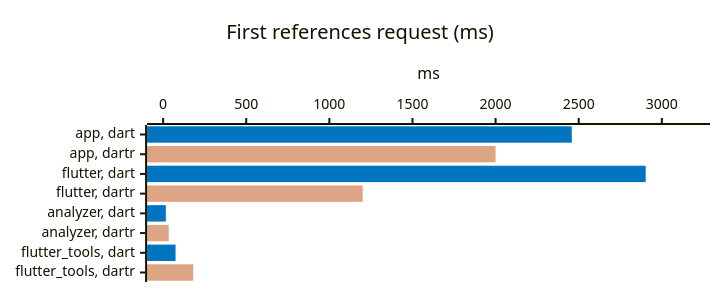
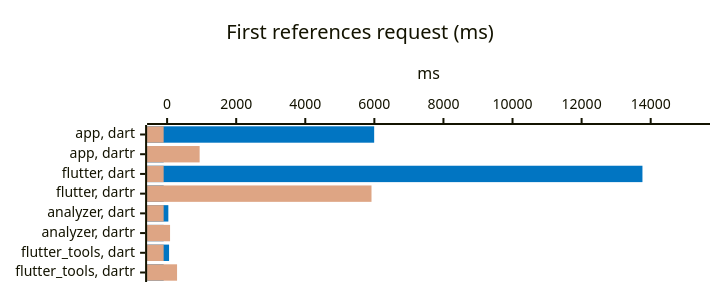
Before and after one commit to orestesgaolin/dartr: the ninth of 15 diagrams in docs/BENCHMARKS.md, drawn with Mermaid. The commit also changed other lines of this file and 3 other files, not shown here.

````diff
--- a/docs/BENCHMARKS.md
+++ b/docs/BENCHMARKS.md
@@ -169,17 +169,17 @@
 ```mermaid
 ---
 config:
   xyChart:
     height: 272
   themeVariables:
     xyChart:
       plotColorPalette: "#0175C2, #DEA584"
 ---
 xychart-beta horizontal
     %% -100 = no bar: one series per measurement gives each its own color
     title "First references request (ms)"
     x-axis ["app, dart", "app, dartr", "flutter, dart", "flutter, dartr", "analyzer, dart", "analyzer, dartr", "flutter_tools, dart", "flutter_tools, dartr"]
-    y-axis "ms" 0 --> 3193.3
-    bar [2458.3, -100, 2903.0, -100, 16.3, -100, 74.9, -100]
-    bar [-100, 1999.8, -100, 1200.6, -100, 33.7, -100, 181.5]
+    y-axis "ms" 0 --> 15137.3
+    bar [5994.3, -100, 13761.2, -100, 35.6, -100, 56.8, -100]
+    bar [-100, 941.8, -100, 5917.2, -100, 85.4, -100, 288.1]
 ```
````
